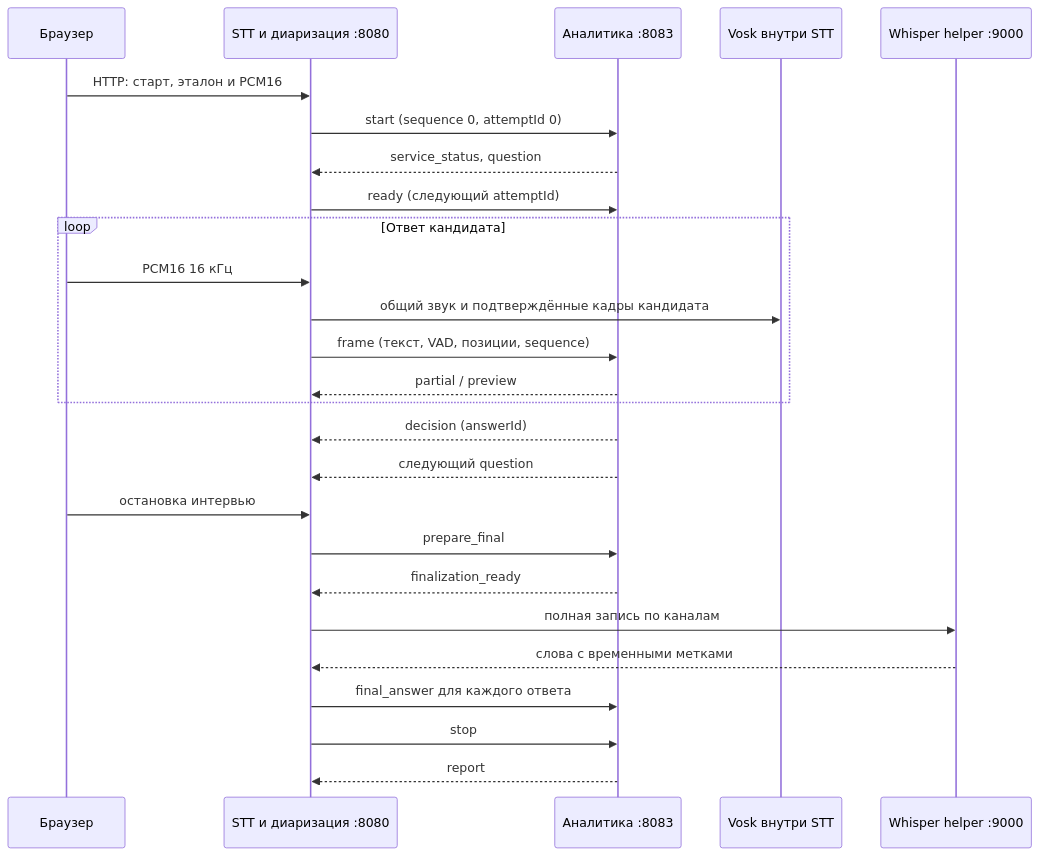
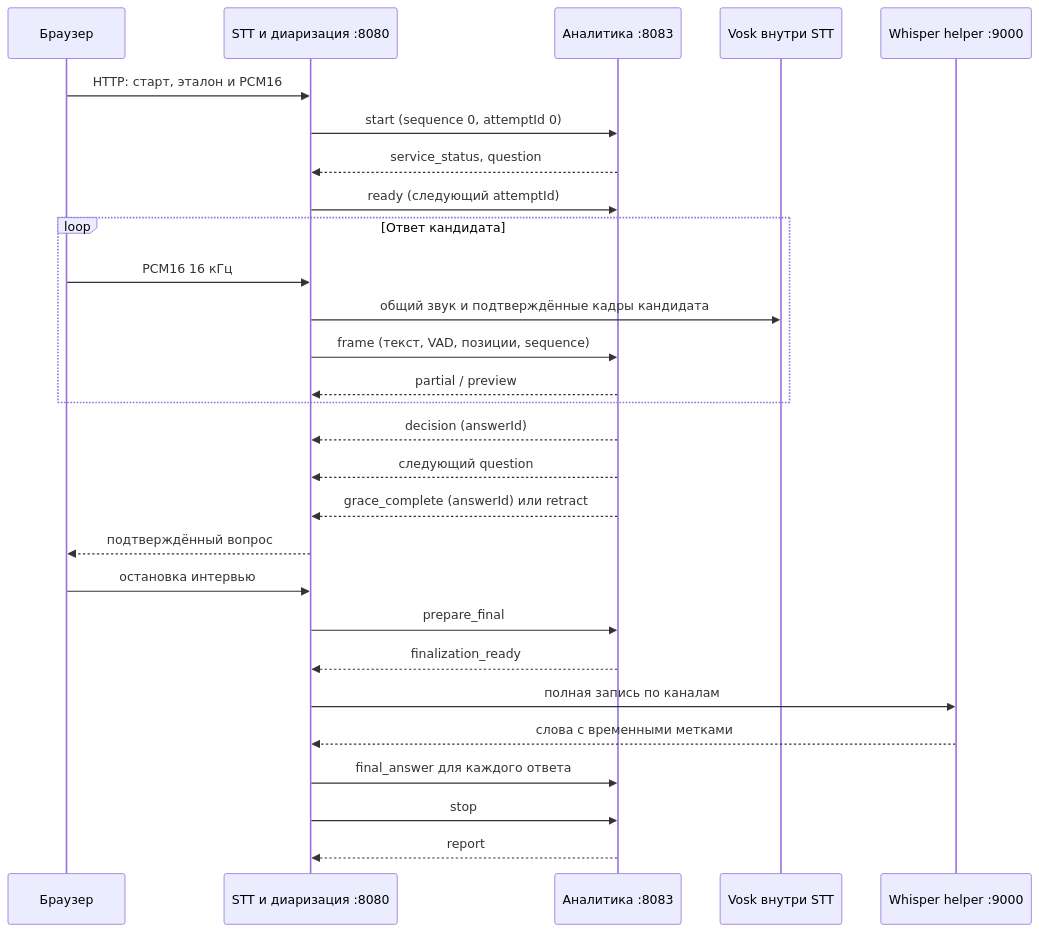
The diagram in docs/api/interview-events.md (ArtemSorin/stt-platform), drawn with Mermaid before and after one commit. The commit also changed other lines of this file and 50 other files, not shown here.

````diff
--- a/docs/api/interview-events.md
+++ b/docs/api/interview-events.md
@@ -73,28 +74,30 @@
 ```mermaid
 sequenceDiagram
     participant B as Браузер
     participant S as STT и диаризация :8080
     participant A as Аналитика :8083
     participant V as Vosk внутри STT
     participant W as Whisper helper :9000
     B->>S: HTTP: старт, эталон и PCM16
     S->>A: start (sequence 0, attemptId 0)
     A-->>S: service_status, question
     S->>A: ready (следующий attemptId)
     loop Ответ кандидата
         B->>S: PCM16 16 кГц
         S->>V: общий звук и подтверждённые кадры кандидата
         S->>A: frame (текст, VAD, позиции, sequence)
         A-->>S: partial / preview
     end
     A-->>S: decision (answerId)
     A-->>S: следующий question
+    A-->>S: grace_complete (answerId) или retract
+    S-->>B: подтверждённый вопрос
     B->>S: остановка интервью
     S->>A: prepare_final
     A-->>S: finalization_ready
     S->>W: полная запись по каналам
     W-->>S: слова с временными метками
     S->>A: final_answer для каждого ответа
     S->>A: stop
     A-->>S: report
 ```
````
